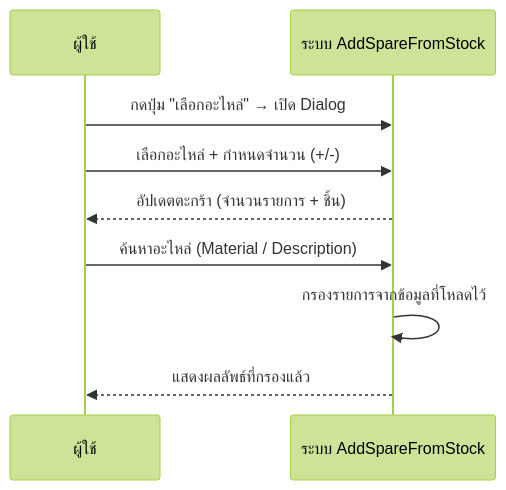
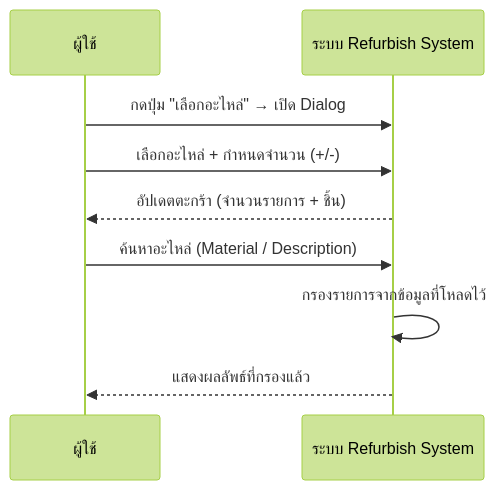
One commit to akkdach/pro-iot-mobile changed the third of 4 diagrams in docs/AddSpareFromStock_SequenceDiagram.md. Above: the diagram before and after it, drawn with Mermaid (forest theme). The commit also changed other lines of this file and 10 other files, not shown here.

````diff
--- a/docs/AddSpareFromStock_SequenceDiagram.md
+++ b/docs/AddSpareFromStock_SequenceDiagram.md
@@ -43,12 +43,12 @@
 ```mermaid
 sequenceDiagram
     participant U as ผู้ใช้
-    participant AS as ระบบ AddSpareFromStock
+    participant AS as ระบบ Refurbish System
 
     U->>AS: กดปุ่ม "เลือกอะไหล่" → เปิด Dialog
     U->>AS: เลือกอะไหล่ + กำหนดจำนวน (+/-)
     AS-->>U: อัปเดตตะกร้า (จำนวนรายการ + ชิ้น)
     U->>AS: ค้นหาอะไหล่ (Material / Description)
     AS->>AS: กรองรายการจากข้อมูลที่โหลดไว้
     AS-->>U: แสดงผลลัพธ์ที่กรองแล้ว
 ```
````
